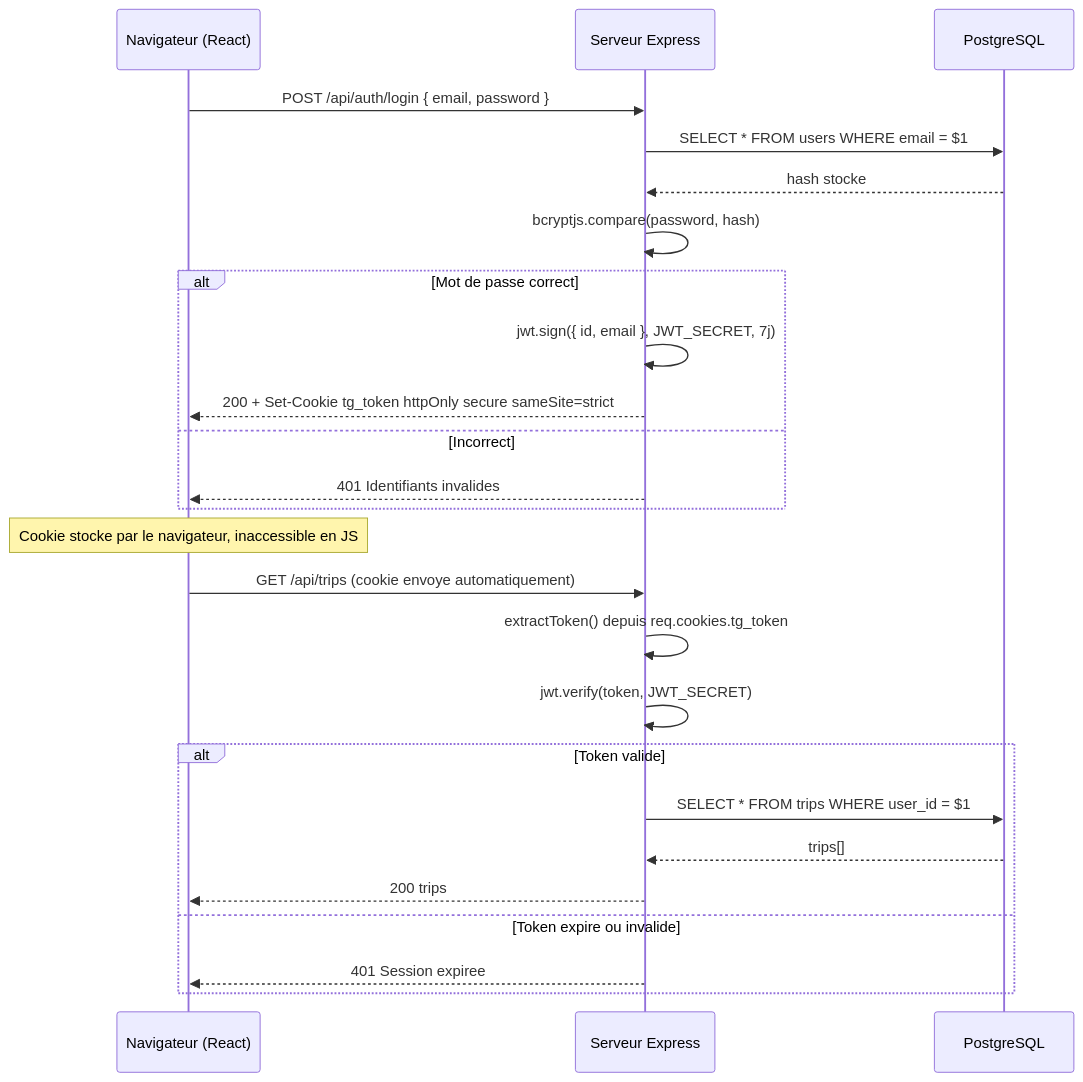
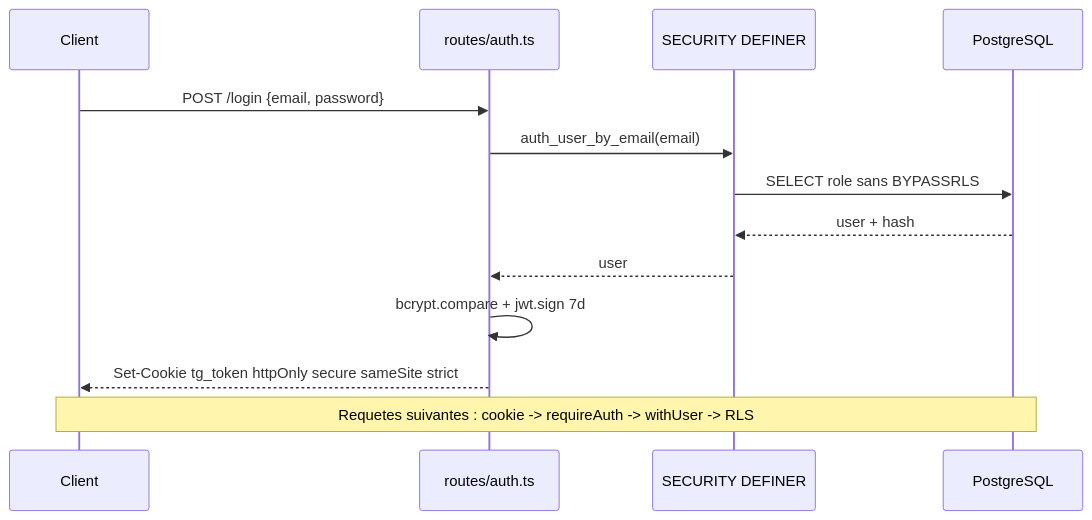
One commit to loties1533/tripgenie changed the third of 8 diagrams in docs/DIAGRAMS.md. Above: the diagram before and after it, drawn with Mermaid. The commit also changed other lines of this file and 22 other files, not shown here.

````diff
--- a/docs/DIAGRAMS.md
+++ b/docs/DIAGRAMS.md
@@ -150,32 +67,16 @@
 ```mermaid
 sequenceDiagram
-    participant U as Navigateur (React)
-    participant S as Serveur Express
+    participant C as Client
+    participant A as routes/auth.ts
+    participant F as SECURITY DEFINER
     participant DB as PostgreSQL
 
-    U->>S: POST /api/auth/login { email, password }
-    S->>DB: SELECT * FROM users WHERE email = $1
-    DB-->>S: hash stocke
-    S->>S: bcryptjs.compare(password, hash)
-
-    alt Mot de passe correct
-        S->>S: jwt.sign({ id, email }, JWT_SECRET, 7j)
-        S-->>U: 200 + Set-Cookie tg_token httpOnly secure sameSite=strict
-    else Incorrect
-        S-->>U: 401 Identifiants invalides
-    end
-
-    Note over U: Cookie stocke par le navigateur, inaccessible en JS
-
-    U->>S: GET /api/trips (cookie envoye automatiquement)
-    S->>S: extractToken() depuis req.cookies.tg_token
-    S->>S: jwt.verify(token, JWT_SECRET)
-
-    alt Token valide
-        S->>DB: SELECT * FROM trips WHERE user_id = $1
-        DB-->>S: trips[]
-        S-->>U: 200 trips
-    else Token expire ou invalide
-        S-->>U: 401 Session expiree
-    end
+    C->>A: POST /login {email, password}
+    A->>F: auth_user_by_email(email)
+    F->>DB: SELECT role sans BYPASSRLS
+    DB-->>F: user + hash
+    F-->>A: user
+    A->>A: bcrypt.compare + jwt.sign 7d
+    A-->>C: Set-Cookie tg_token httpOnly secure sameSite strict
+    Note over C,DB: Requetes suivantes : cookie -> requireAuth -> withUser -> RLS
 ```
````
